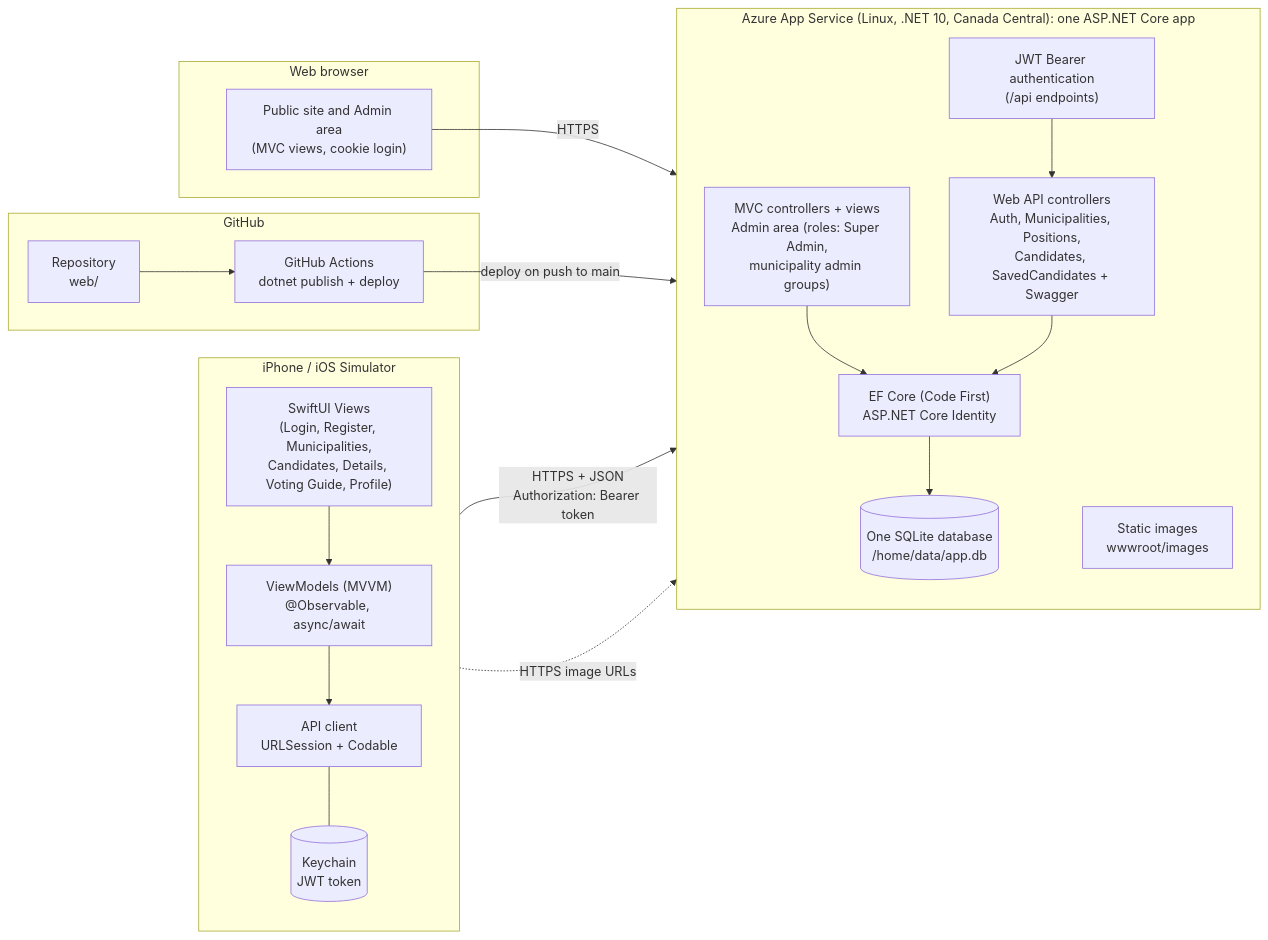
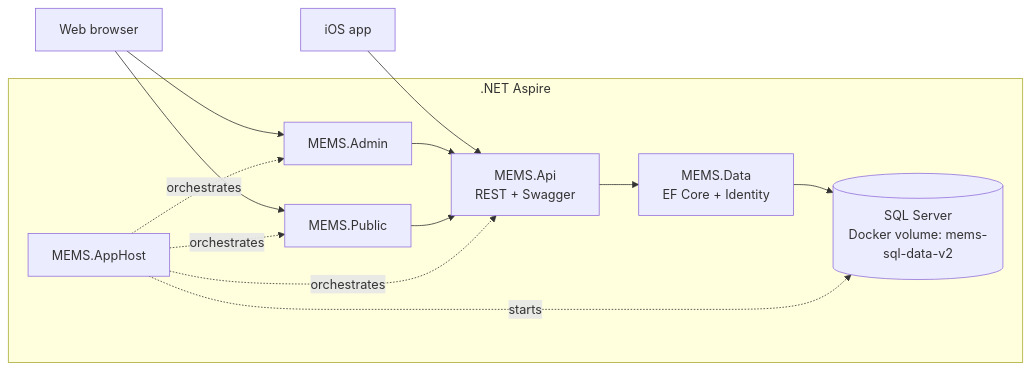
The diagram in docs/architecture.mmd (mskim9097/comp4976_assignment1), drawn with Mermaid before and after one commit. The commit also changed 267 other files, not shown here.

Commit message:
Translated to asp.net, added required features

```diff
--- a/docs/architecture.mmd
+++ b/docs/architecture.mmd
@@ -1,36 +1,18 @@
 flowchart LR
-    subgraph Browser["Web browser"]
-        Site["Public site and Admin area<br/>(MVC views, cookie login)"]
+    Browser["Web browser"] --> Admin["MEMS.Admin"]
+    Browser --> Public["MEMS.Public"]
+    Phone["iOS app"] --> API["MEMS.Api<br/>REST + Swagger"]
+
+    Admin --> API
+    Public --> API
+
+    subgraph Aspire[".NET Aspire"]
+        AppHost["MEMS.AppHost"]
+        SQL[("SQL Server<br/>Docker volume: mems-sql-data-v2")]
+        Data["MEMS.Data<br/>EF Core + Identity"]
+        API --> Data --> SQL
+        AppHost -. orchestrates .-> API
+        AppHost -. orchestrates .-> Admin
+        AppHost -. orchestrates .-> Public
+        AppHost -. starts .-> SQL
     end
-
-    subgraph Phone["iPhone / iOS Simulator"]
-        direction TB
-        Views["SwiftUI Views<br/>(Login, Register, Municipalities,<br/>Candidates, Details, Voting Guide, Profile)"]
-        VM["ViewModels (MVVM)<br/>@Observable, async/await"]
-        Svc["API client<br/>URLSession + Codable"]
-        KC[("Keychain<br/>JWT token")]
-        Views --> VM --> Svc
-        Svc --- KC
-    end
-
-    subgraph Azure["Azure App Service (Linux, .NET 10, Canada Central): one ASP.NET Core app"]
-        direction TB
-        MVC["MVC controllers + views<br/>Admin area (roles: Super Admin,<br/>municipality admin groups)"]
-        Auth["JWT Bearer authentication<br/>(/api endpoints)"]
-        Ctl["Web API controllers<br/>Auth, Municipalities, Positions,<br/>Candidates, SavedCandidates + Swagger"]
-        EF["EF Core (Code First)<br/>ASP.NET Core Identity"]
-        DB[("One SQLite database<br/>/home/data/app.db")]
-        Img["Static images<br/>wwwroot/images"]
-        MVC --> EF
-        Auth --> Ctl --> EF
-        EF --> DB
-    end
-
-    Site -- "HTTPS" --> MVC
-    Svc -- "HTTPS + JSON<br/>Authorization: Bearer token" --> Auth
-    Svc -. "HTTPS image URLs" .-> Img
-
-    subgraph CI["GitHub"]
-        Repo["Repository<br/>web/"] --> Actions["GitHub Actions<br/>dotnet publish + deploy"]
-    end
-    Actions -- "deploy on push to main" --> Azure
```
